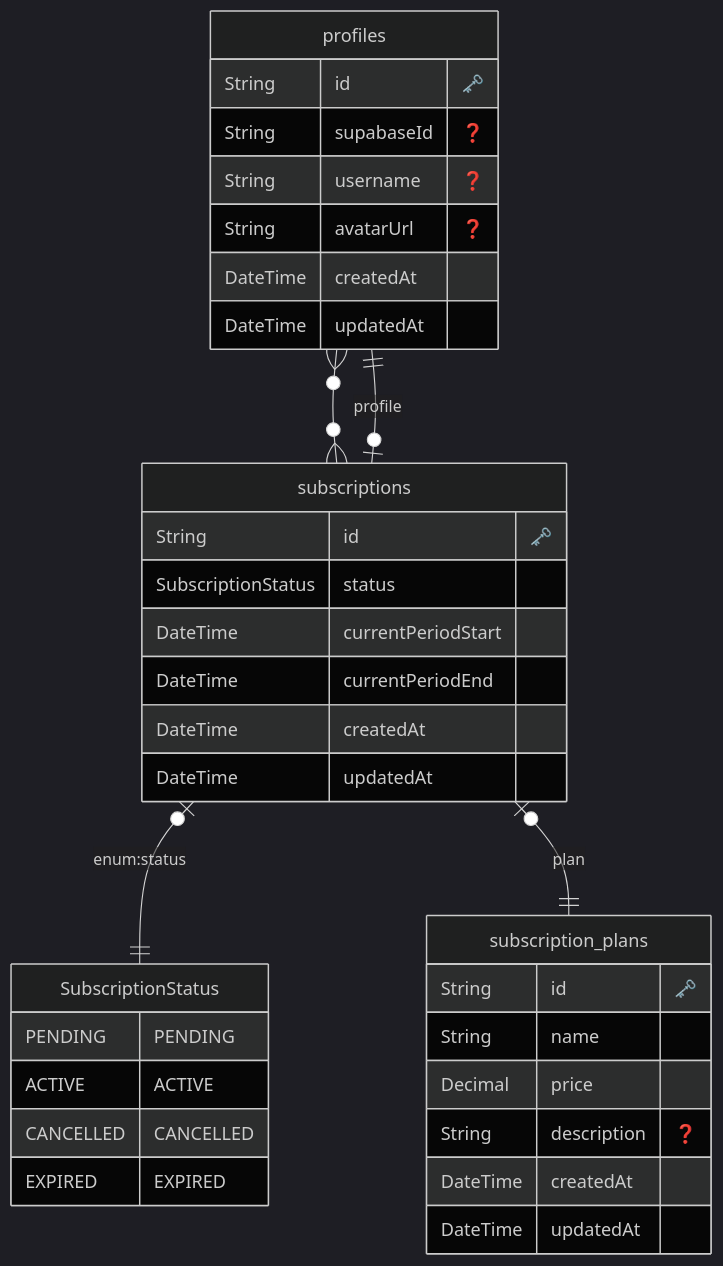
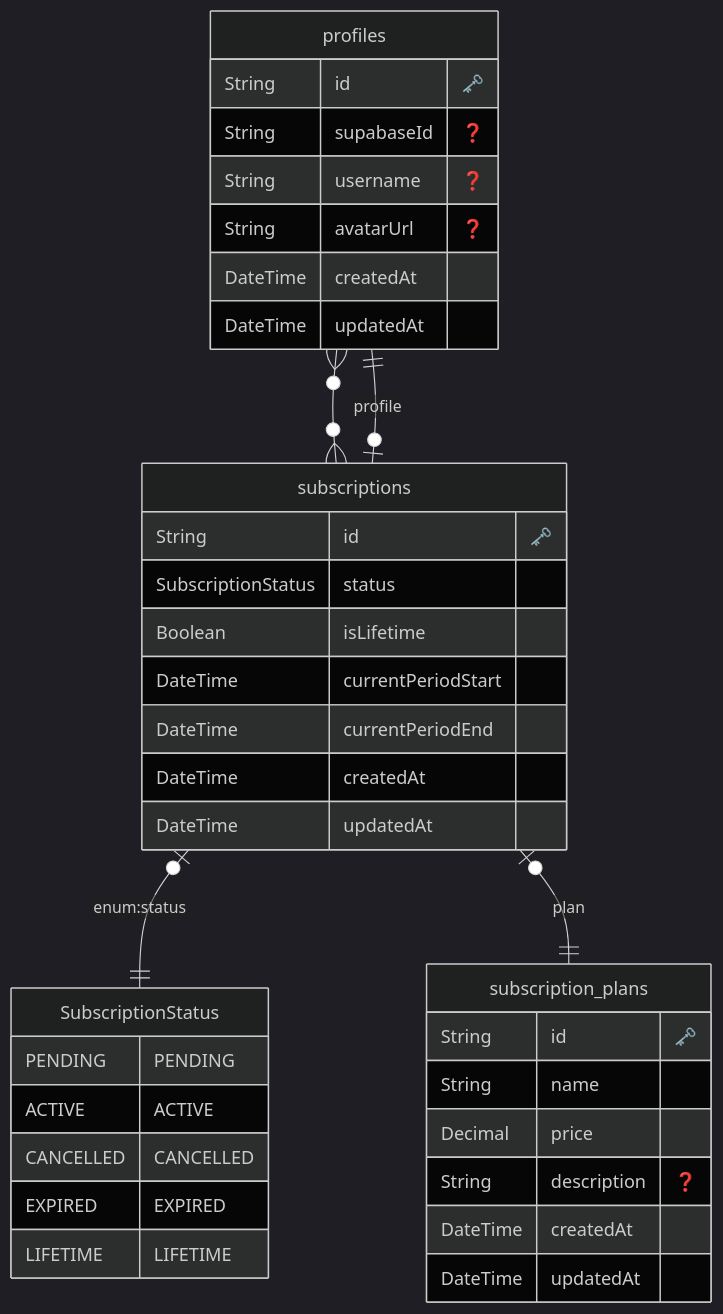
One commit to matheuswillock/lead-automation changed the diagram in prisma/erd/diagram.md. Above: the diagram before and after it, drawn with Mermaid (dark theme). The commit also changed 12 other files, not shown here.

````diff
--- a/prisma/erd/diagram.md
+++ b/prisma/erd/diagram.md
@@ -1,44 +1,46 @@
 ```mermaid
 erDiagram
 
         SubscriptionStatus {
             PENDING PENDING
 ACTIVE ACTIVE
 CANCELLED CANCELLED
 EXPIRED EXPIRED
+LIFETIME LIFETIME
         }
     
   "profiles" {
     String id "🗝️"
     String supabaseId "❓"
     String username "❓"
     String avatarUrl "❓"
     DateTime createdAt 
     DateTime updatedAt 
     }
   
 
   "subscriptions" {
     String id "🗝️"
     SubscriptionStatus status 
+    Boolean isLifetime 
     DateTime currentPeriodStart 
     DateTime currentPeriodEnd 
     DateTime createdAt 
     DateTime updatedAt 
     }
   
 
   "subscription_plans" {
     String id "🗝️"
     String name 
     Decimal price 
     String description "❓"
     DateTime createdAt 
     DateTime updatedAt 
     }
   
     "profiles" o{--}o "subscriptions" : ""
     "subscriptions" o|--|| "SubscriptionStatus" : "enum:status"
     "subscriptions" o|--|| "profiles" : "profile"
     "subscriptions" o|--|| "subscription_plans" : "plan"
 ```
````
